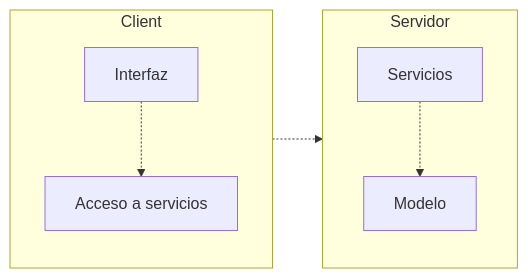
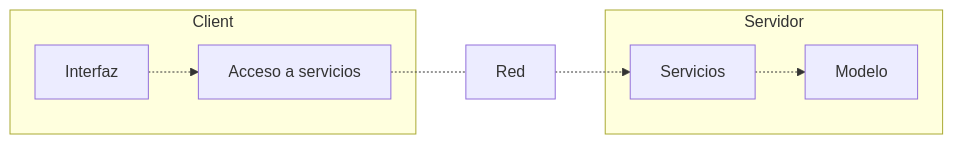
One commit to Adega318/uni-apuntes changed the diagram in 3/3.1/isd/teoríca/isd-service_REST.md. Above: the diagram before and after it, drawn with Mermaid. The commit also changed other lines of this file, not shown here.

Commit message:
vault backup: 2023-11-02 11:25:13

````diff
--- a/3/3.1/isd/teoríca/isd-service_REST.md
+++ b/3/3.1/isd/teoríca/isd-service_REST.md
@@ -3,12 +4,10 @@
 ```mermaid
 flowchart LR
 	subgraph Client
-		direction TB
 		Interfaz -.-> a[Acceso a servicios]
 	end
 	subgraph Servidor
-		direction TB
 		Servicios -.-> Modelo
 	end
-	a -.-> Servicios
+	a -.- Red -.-> Servicios
 ```
````
